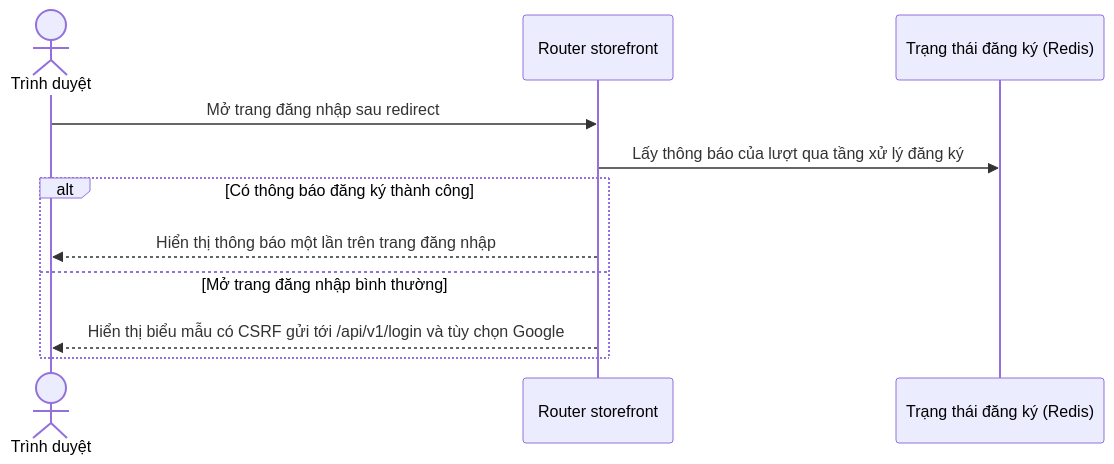
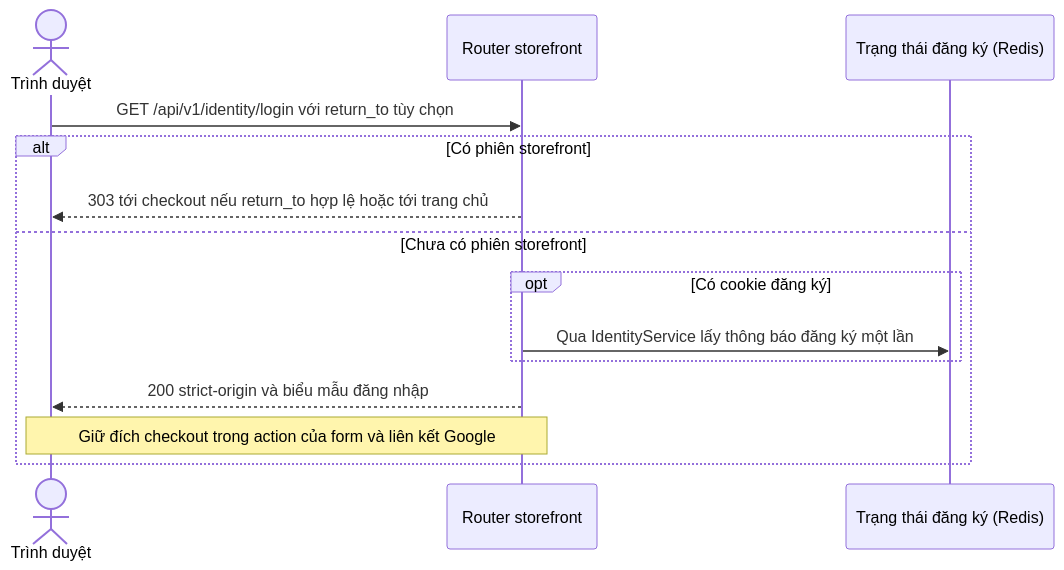
One commit to thanhklt/sobie-swimwear-e-commerce changed the diagram in docs/sequence/identity/get-login.md. Above: the diagram before and after it, drawn with Mermaid. The commit also changed other lines of this file and 72 other files, not shown here.

````diff
--- a/docs/sequence/identity/get-login.md
+++ b/docs/sequence/identity/get-login.md
@@ -5,13 +5,16 @@
 ```mermaid
 sequenceDiagram
     actor Browser as Trình duyệt
     participant Route as Router storefront
     participant Redis as Trạng thái đăng ký (Redis)
-    Browser->>Route: Mở trang đăng nhập sau redirect
-    Route->>Redis: Lấy thông báo của lượt qua tầng xử lý đăng ký
-    alt Có thông báo đăng ký thành công
-        Route-->>Browser: Hiển thị thông báo một lần trên trang đăng nhập
-    else Mở trang đăng nhập bình thường
-        Route-->>Browser: Hiển thị biểu mẫu có CSRF gửi tới /api/v1/login và tùy chọn Google
+    Browser->>Route: GET /api/v1/identity/login với return_to tùy chọn
+    alt Có phiên storefront
+        Route-->>Browser: 303 tới checkout nếu return_to hợp lệ hoặc tới trang chủ
+    else Chưa có phiên storefront
+        opt Có cookie đăng ký
+            Route->>Redis: Qua IdentityService lấy thông báo đăng ký một lần
+        end
+        Route-->>Browser: 200 strict-origin và biểu mẫu đăng nhập
+        Note over Browser,Route: Giữ đích checkout trong action của form và liên kết Google
     end
 ```
````
